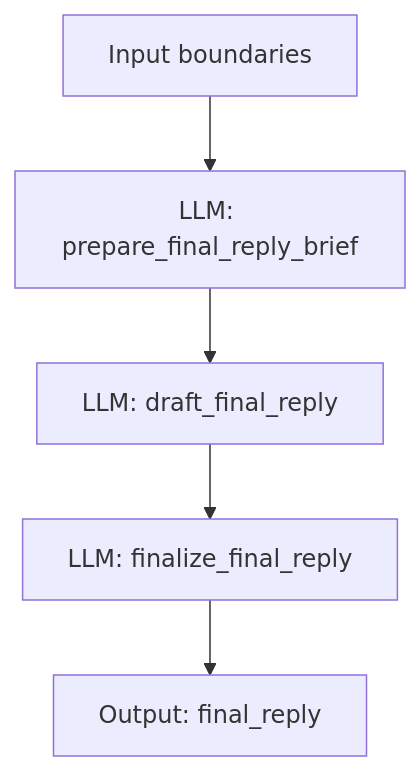
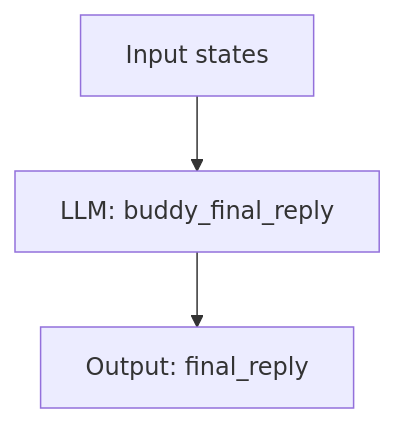
One commit to OoABYSSoO/TooGraph changed the sixth of 7 diagrams in docs/future/buddy-autonomous-agent-roadmap.md. Above: the diagram before and after it, drawn with Mermaid. The commit also changed other lines of this file and 13 other files, not shown here.

Commit message:
重建伙伴能力循环子图

````diff
--- a/docs/future/buddy-autonomous-agent-roadmap.md
+++ b/docs/future/buddy-autonomous-agent-roadmap.md
@@ -548,7 +546,5 @@
 ```mermaid
 flowchart TD
-  A[Input boundaries] --> B[LLM: prepare_final_reply_brief]
-  B --> D[LLM: draft_final_reply]
-  D --> V[LLM: finalize_final_reply]
-  V --> O[Output: final_reply]
+  A[Input states] --> F[LLM: buddy_final_reply]
+  F --> O[Output: final_reply]
 ```
````
